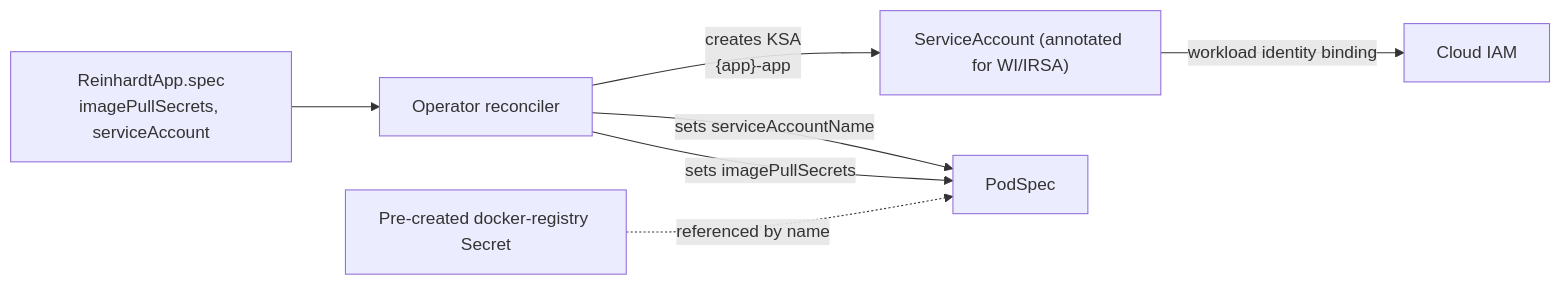
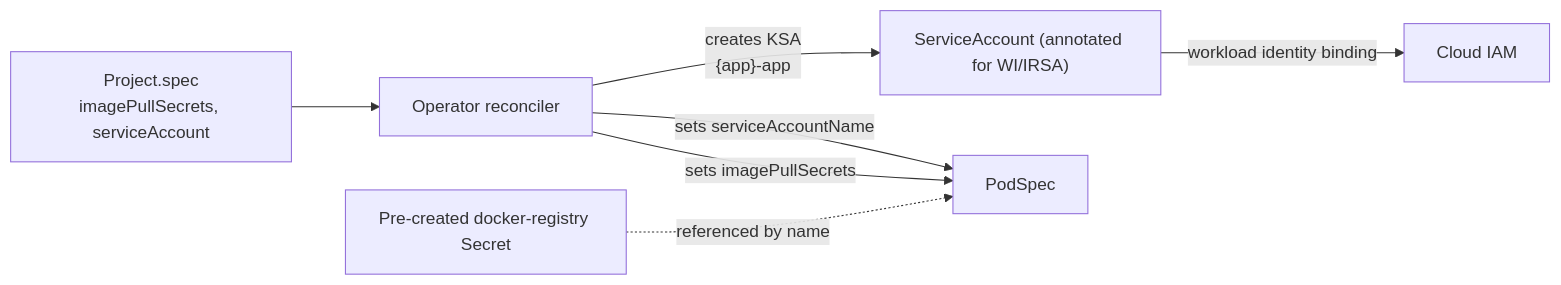
Before and after one commit to kent8192/reinhardt-cloud: the second of 2 diagrams in docs/registry-and-identity.md, drawn with Mermaid. The commit also changed other lines of this file and 135 other files, not shown here.

First line of the commit message:
refactor!: rename user-facing app concepts to project

````diff
--- a/docs/registry-and-identity.md
+++ b/docs/registry-and-identity.md
@@ -472,9 +472,9 @@
 ```mermaid
 flowchart LR
-    Spec["ReinhardtApp.spec<br/>imagePullSecrets, serviceAccount"] --> Op[Operator reconciler]
+    Spec["Project.spec<br/>imagePullSecrets, serviceAccount"] --> Op[Operator reconciler]
     Op -->|"creates KSA<br/>{app}-app"| KSA["ServiceAccount (annotated for WI/IRSA)"]
     Op -->|"sets serviceAccountName"| Pod[PodSpec]
     Op -->|"sets imagePullSecrets"| Pod
     PullSecret["Pre-created docker-registry Secret"] -.->|"referenced by name"| Pod
     KSA -->|"workload identity binding"| CloudIAM[Cloud IAM]
 ```
````
